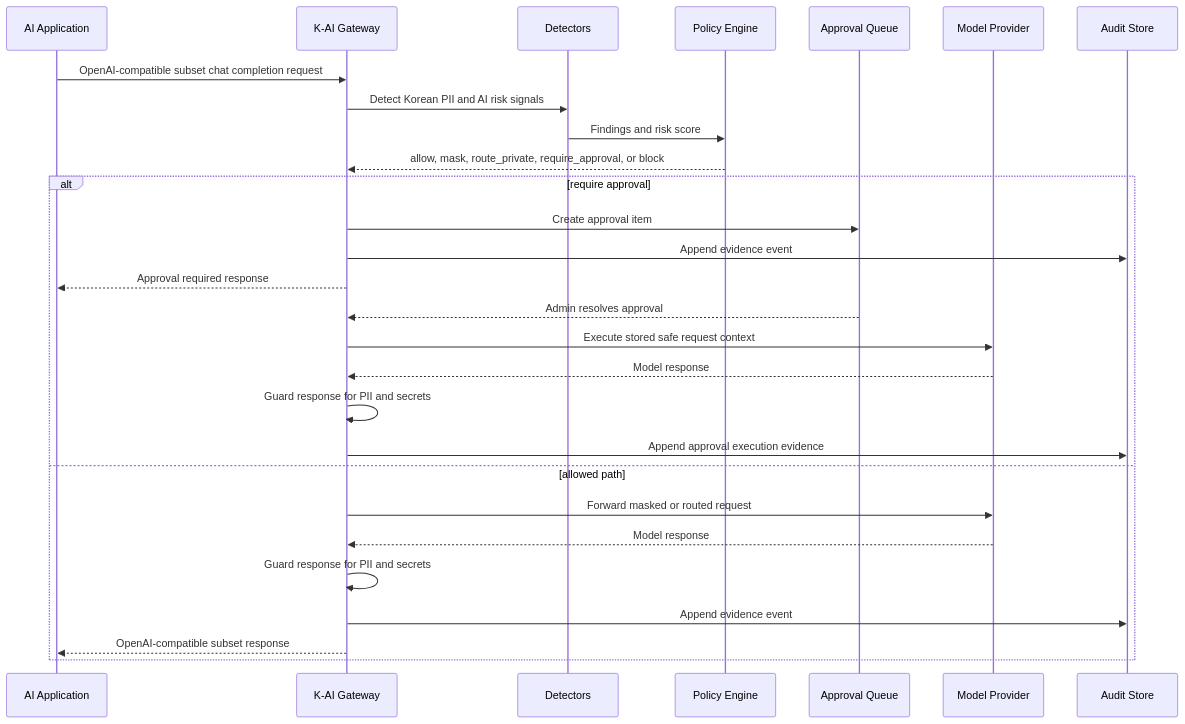
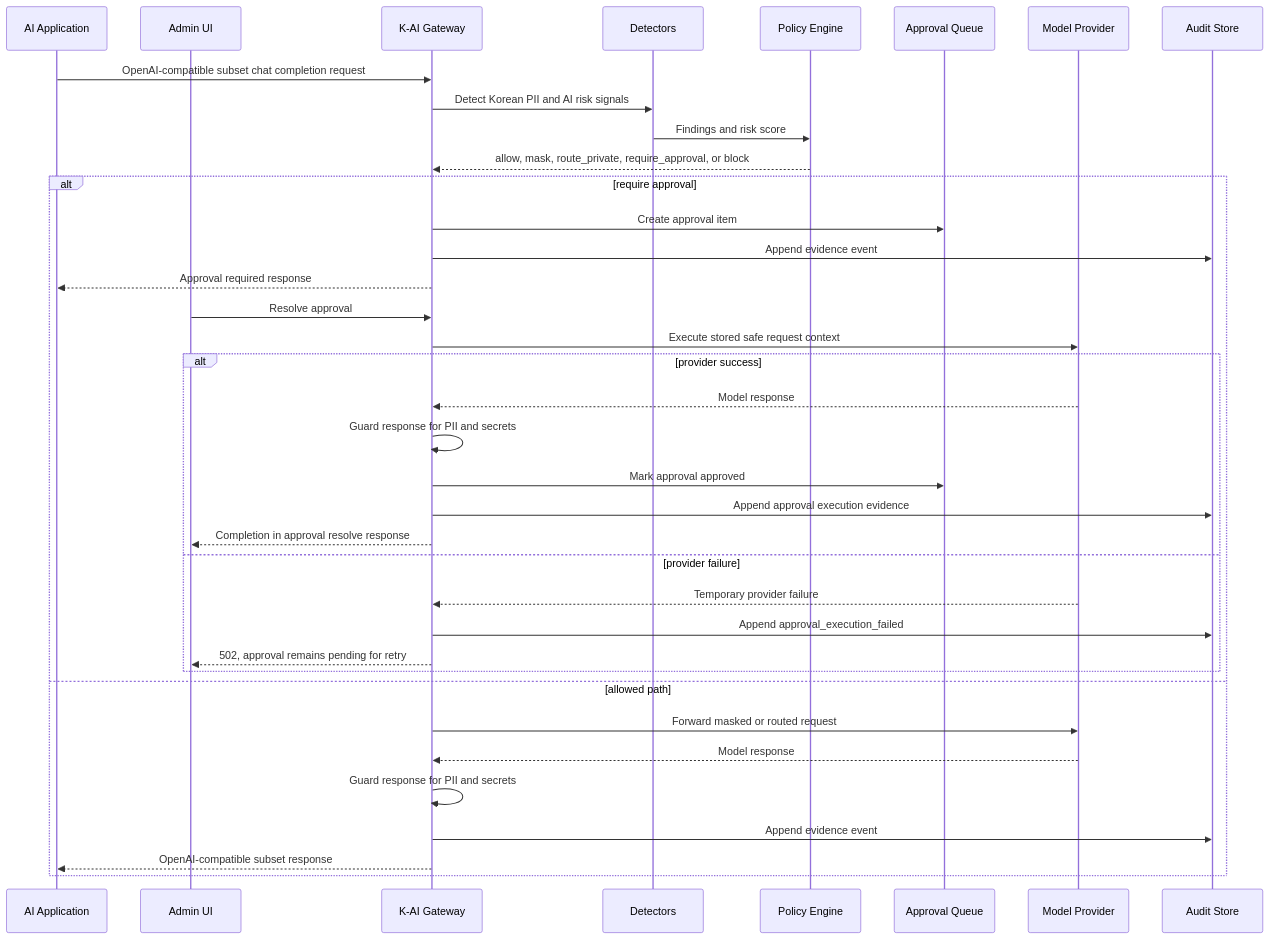
The second of 2 diagrams in README.md (sinmb79/k-ai-security-gateway), drawn with Mermaid before and after one commit. The commit also changed other lines of this file and 9 other files, not shown here.

Commit message:
fix: keep failed approval executions retryable (#3)

````diff
--- a/README.md
+++ b/README.md
@@ -71,31 +71,40 @@
 ```mermaid
 sequenceDiagram
     participant App as AI Application
+    participant Admin as Admin UI
     participant GW as K-AI Gateway
     participant D as Detectors
     participant P as Policy Engine
     participant Q as Approval Queue
     participant M as Model Provider
     participant A as Audit Store
 
     App->>GW: OpenAI-compatible subset chat completion request
     GW->>D: Detect Korean PII and AI risk signals
     D->>P: Findings and risk score
     P-->>GW: allow, mask, route_private, require_approval, or block
     alt require approval
         GW->>Q: Create approval item
         GW->>A: Append evidence event
         GW-->>App: Approval required response
-        Q-->>GW: Admin resolves approval
+        Admin->>GW: Resolve approval
         GW->>M: Execute stored safe request context
-        M-->>GW: Model response
-        GW->>GW: Guard response for PII and secrets
-        GW->>A: Append approval execution evidence
+        alt provider success
+            M-->>GW: Model response
+            GW->>GW: Guard response for PII and secrets
+            GW->>Q: Mark approval approved
+            GW->>A: Append approval execution evidence
+            GW-->>Admin: Completion in approval resolve response
+        else provider failure
+            M-->>GW: Temporary provider failure
+            GW->>A: Append approval_execution_failed
+            GW-->>Admin: 502, approval remains pending for retry
+        end
     else allowed path
         GW->>M: Forward masked or routed request
         M-->>GW: Model response
         GW->>GW: Guard response for PII and secrets
         GW->>A: Append evidence event
         GW-->>App: OpenAI-compatible subset response
     end
 ```
````
